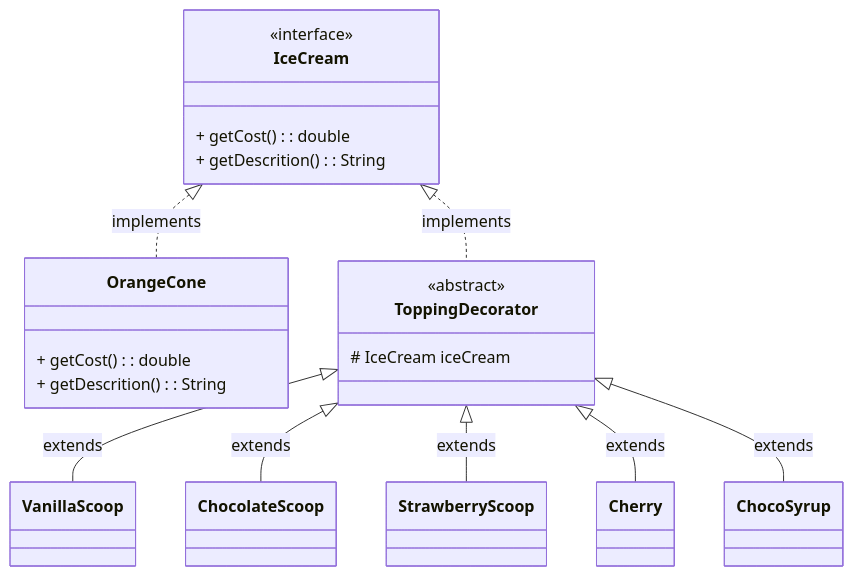
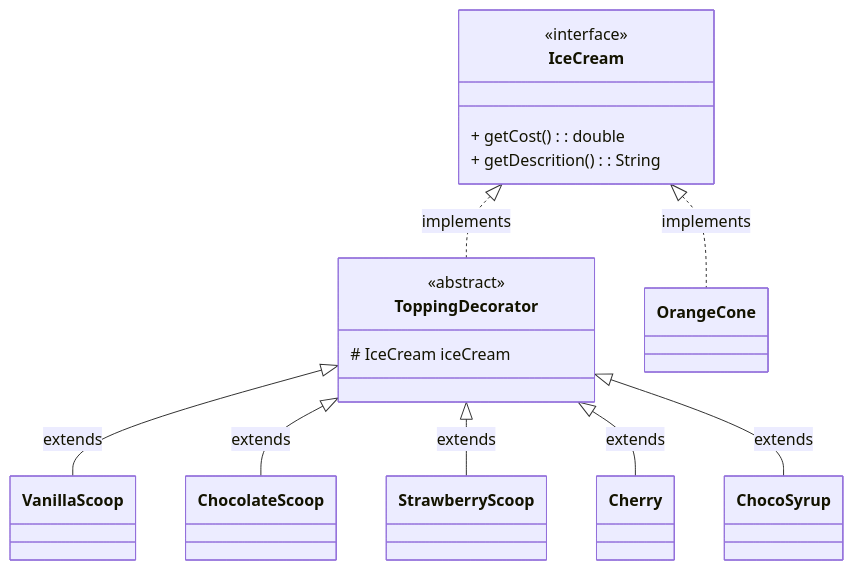
The diagram in src/main/java/in/itkaran/lld1130624/lld2/uml/Decorator.mmd (kk-engineer/lld1-130624), drawn with Mermaid before and after one commit. The commit also changed 2 other files, not shown here.

```diff
--- a/src/main/java/in/itkaran/lld1130624/lld2/uml/Decorator.mmd
+++ b/src/main/java/in/itkaran/lld1130624/lld2/uml/Decorator.mmd
@@ -1,25 +1,20 @@
 classDiagram
     class IceCream {
         <<interface>>
-        + getCost(): double
-        + getDescrition(): String
-    }
-
-    class OrangeCone {
         + getCost(): double
         + getDescrition(): String
     }
 
     class ToppingDecorator {
         <<abstract>>
         # IceCream iceCream
     }
 
     IceCream <|.. OrangeCone : implements
     IceCream <|.. ToppingDecorator : implements
 
     ToppingDecorator <|-- VanillaScoop : extends
     ToppingDecorator <|-- ChocolateScoop : extends
     ToppingDecorator <|-- StrawberryScoop : extends
     ToppingDecorator <|-- Cherry : extends
     ToppingDecorator <|-- ChocoSyrup : extends
```
